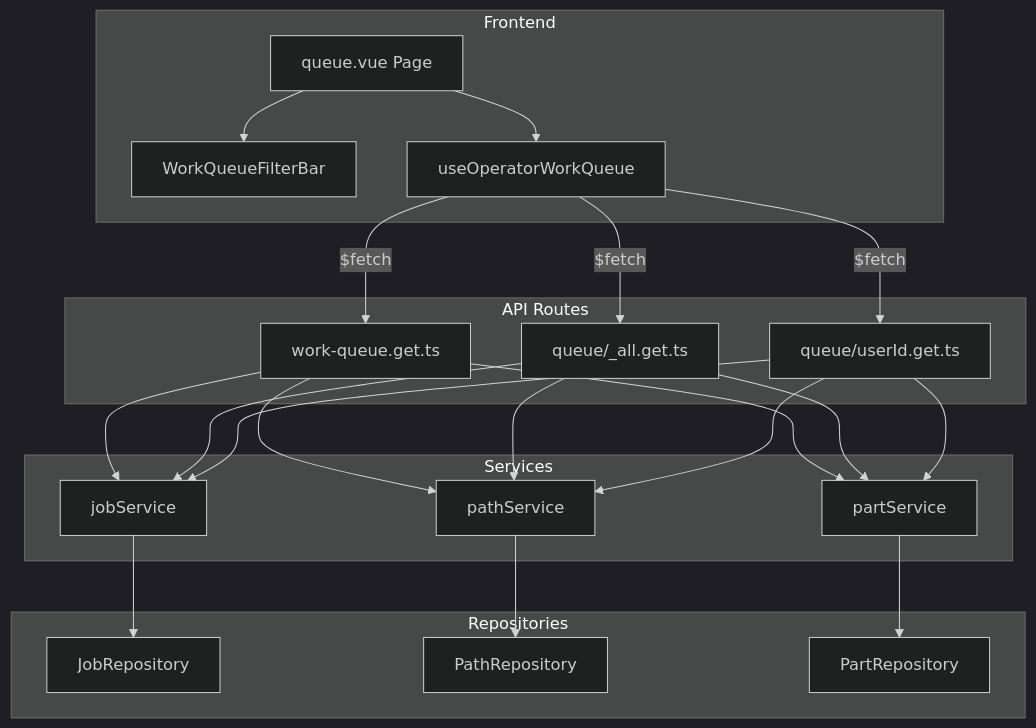
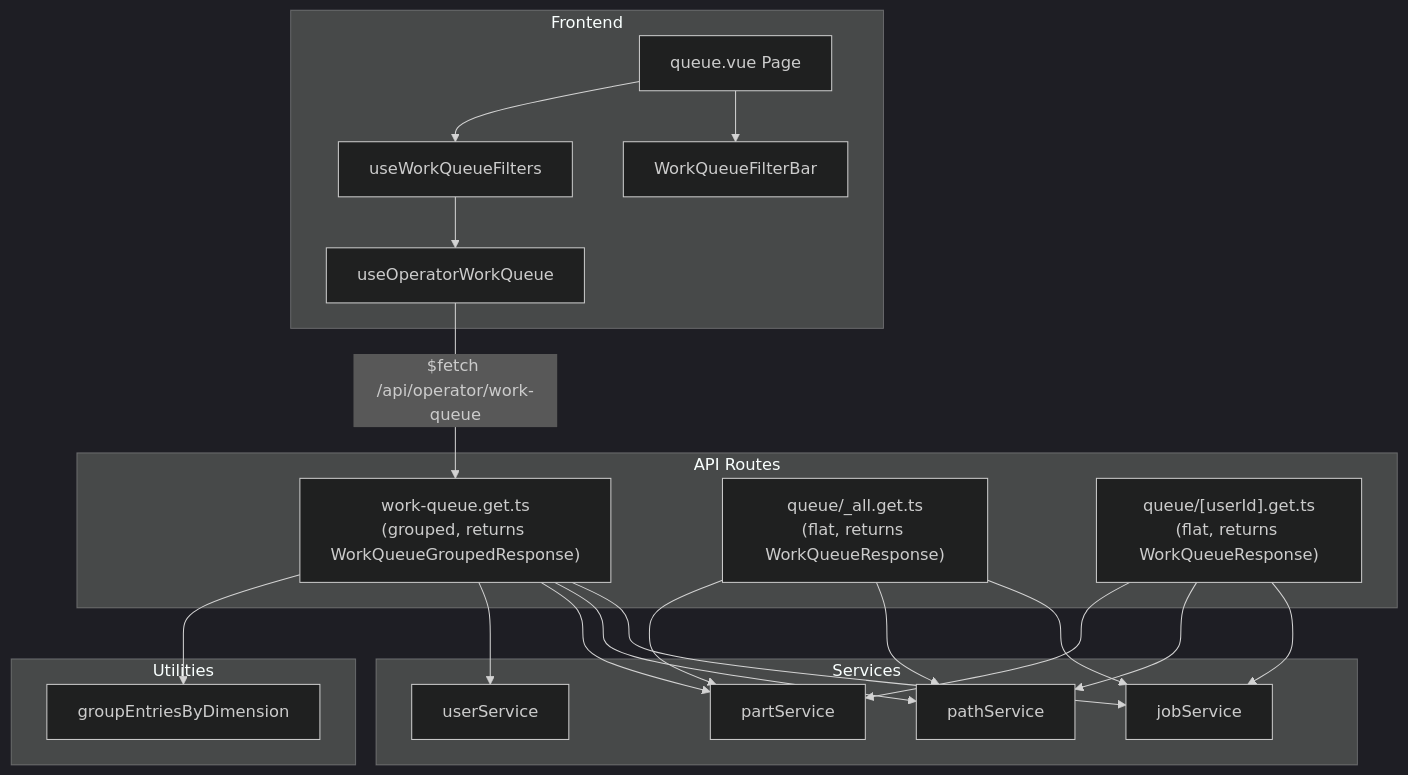
One commit to XanderLuciano/shop-planr changed the first of 2 diagrams in .kiro/specs/work-queue-first-step/design.md. Above: the diagram before and after it, drawn with Mermaid (dark theme). The commit also changed other lines of this file, not shown here.

````diff
--- a/.kiro/specs/work-queue-first-step/design.md
+++ b/.kiro/specs/work-queue-first-step/design.md
@@ -15,47 +17,43 @@
 ```mermaid
 graph TD
     subgraph Frontend
         QP[queue.vue Page]
         WQF[WorkQueueFilterBar]
+        UWQF[useWorkQueueFilters]
         UOWQ[useOperatorWorkQueue]
     end
 
     subgraph API Routes
-        WQ[work-queue.get.ts]
-        ALL[queue/_all.get.ts]
-        UID[queue/userId.get.ts]
+        WQ["work-queue.get.ts<br/>(grouped, returns WorkQueueGroupedResponse)"]
+        ALL["queue/_all.get.ts<br/>(flat, returns WorkQueueResponse)"]
+        UID["queue/[userId].get.ts<br/>(flat, returns WorkQueueResponse)"]
+    end
+
+    subgraph Utilities
+        GRP[groupEntriesByDimension]
     end
 
     subgraph Services
         JS[jobService]
         PS[pathService]
         PTS[partService]
-    end
-
-    subgraph Repositories
-        JR[JobRepository]
-        PR[PathRepository]
-        PTR[PartRepository]
+        US[userService]
     end
 
     QP --> WQF
-    QP --> UOWQ
-    UOWQ -->|$fetch| WQ
-    UOWQ -->|$fetch| ALL
-    UOWQ -->|$fetch| UID
+    QP --> UWQF
+    UWQF --> UOWQ
+    UOWQ -->|"$fetch /api/operator/work-queue"| WQ
 
     WQ --> JS
     WQ --> PS
     WQ --> PTS
+    WQ --> US
+    WQ --> GRP
     ALL --> JS
     ALL --> PS
     ALL --> PTS
     UID --> JS
     UID --> PS
     UID --> PTS
-
-    JS --> JR
-    PS --> PR
-    PTS --> PTR
-
 ```
````
